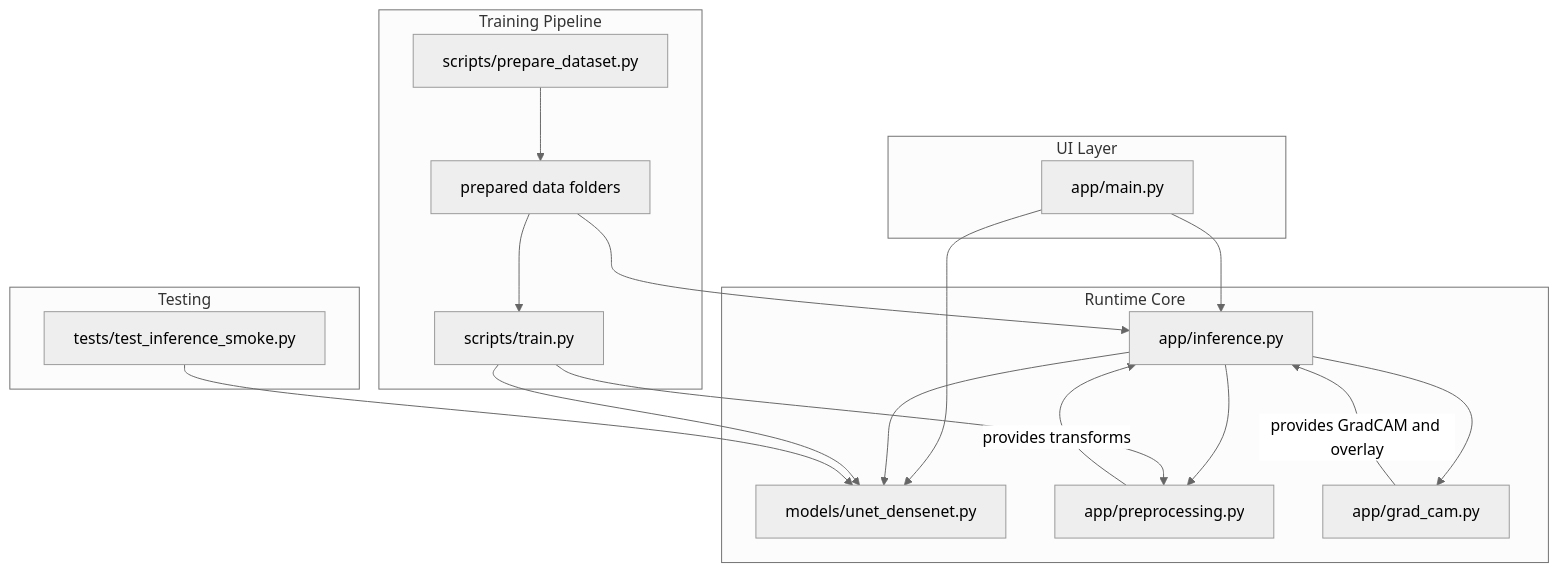
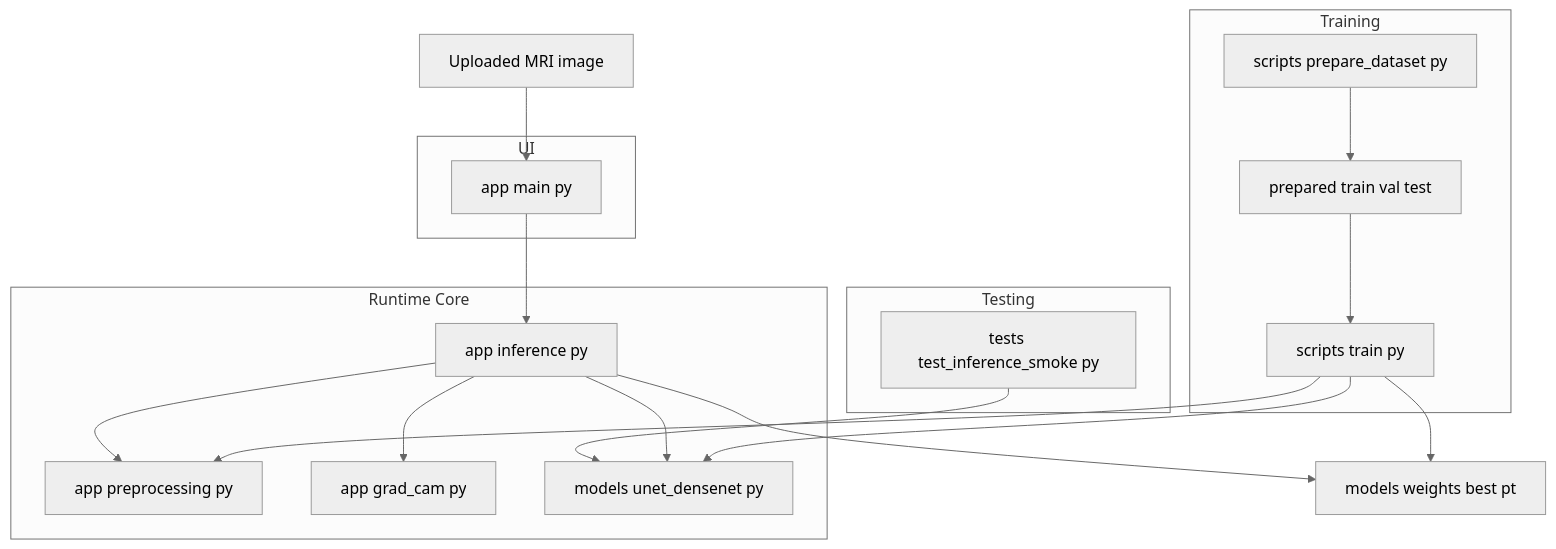
One commit to chempananickal/Tumor_Classifier changed the first of 2 diagrams in docs/architecture.md. Above: the diagram before and after it, drawn with Mermaid (neutral theme). The commit also changed other lines of this file, not shown here.

Commit message:
docs: update module dependency diagrams for improved clarity and structure

````diff
--- a/docs/architecture.md
+++ b/docs/architecture.md
@@ -18,33 +18,32 @@
 ```mermaid
 graph TD
-  A[app/main.py] --> B[app/inference.py]
-  A --> C[models/unet_densenet.py]
-  B --> C
-  B --> D[app/preprocessing.py]
-  B --> E[app/grad_cam.py]
-  D -->|provides transforms| B
-  E -->|provides GradCAM and overlay| B
-  F[scripts/train.py] --> C
-  F --> D
-  G[scripts/prepare_dataset.py] --> H[prepared data folders]
-  H --> F
-  H --> B
-  I[tests/test_inference_smoke.py] --> C
+  U[Uploaded MRI image] --> M[app main py]
+  M --> IE[app inference py]
+  IE --> MW[models weights best pt]
+  TSP[scripts train py] --> MW
+  TSP --> PREP[app preprocessing py]
+  IE --> PREP
+  IE --> GC[app grad_cam py]
+  TSP --> MOD[models unet_densenet py]
+  IE --> MOD
+  TEST[tests test_inference_smoke py] --> MOD
+  PREPDS[scripts prepare_dataset py] --> DATA[prepared train val test]
+  DATA --> TSP
+  subgraph Training
+    PREPDS
+    DATA
+    TSP
+  end
   subgraph Runtime Core
-    B
-    C
-    D
-    E
+    IE
+    PREP
+    GC
+    MOD
   end
-  subgraph Training Pipeline
-    G
-    H
-    F
-  end
-  subgraph UI Layer
-    A
+  subgraph UI
+    M
   end
   subgraph Testing
-    I
+    TEST
   end
 ```
````
